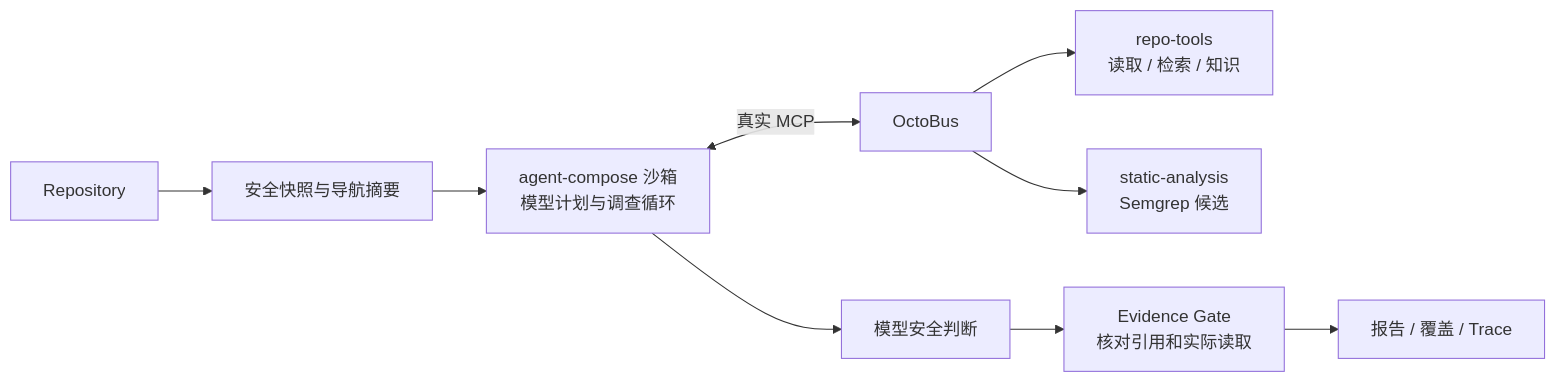
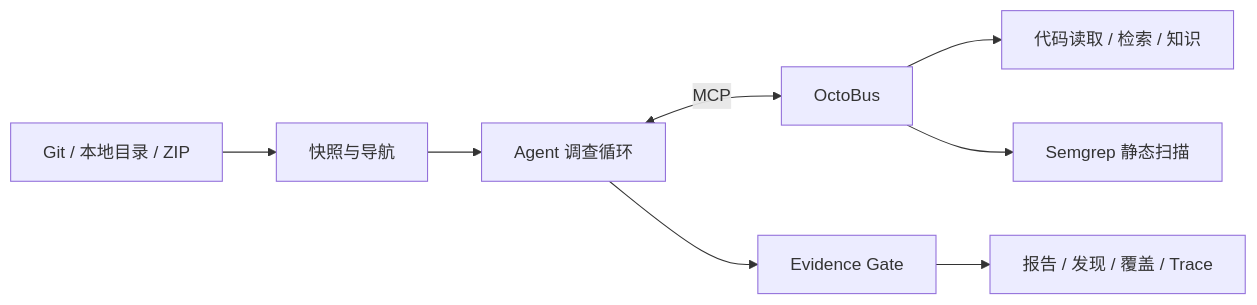
One commit to m13756445700-lgtm/codeaudit-agent changed the diagram in README.md. Above: the diagram before and after it, drawn with Mermaid. The commit also changed other lines of this file and 518 other files, not shown here.

````diff
--- a/README.md
+++ b/README.md
@@ -9,11 +14,10 @@
 ```mermaid
 flowchart LR
-  R[Repository] --> I[安全快照与导航摘要]
-  I --> A[agent-compose 沙箱\n模型计划与调查循环]
-  A <-->|真实 MCP| O[OctoBus]
-  O --> T[repo-tools\n读取 / 检索 / 知识]
-  O --> S[static-analysis\nSemgrep 候选]
-  A --> J[模型安全判断]
-  J --> G[Evidence Gate\n核对引用和实际读取]
-  G --> F[报告 / 覆盖 / Trace]
+  R[Git / 本地目录 / ZIP] --> I[快照与导航]
+  I --> A[Agent 调查循环]
+  A <-->|MCP| O[OctoBus]
+  O --> T[代码读取 / 检索 / 知识]
+  O --> S[Semgrep 静态扫描]
+  A --> G[Evidence Gate]
+  G --> F[报告 / 发现 / 覆盖 / Trace]
 ```
````
